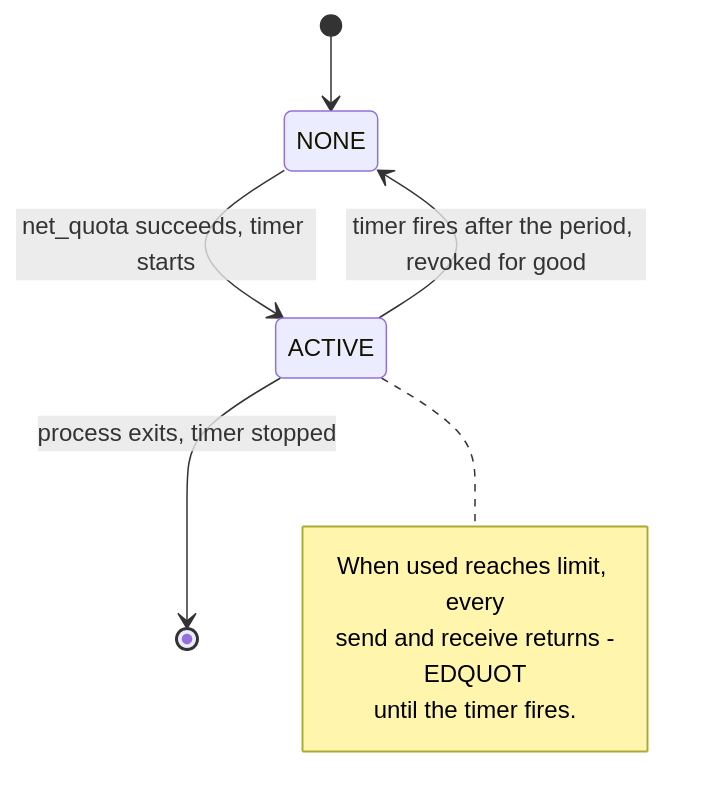
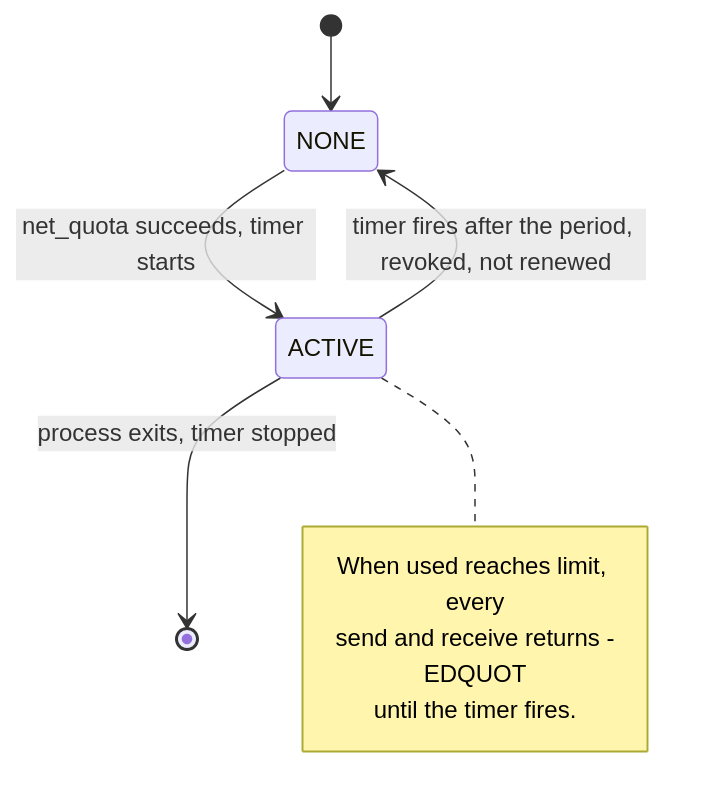
One commit to Dhruv0306/net-quota-syscall changed the fourth of 6 diagrams in docs/how-it-works.md. Above: the diagram before and after it, drawn with Mermaid. The commit also changed other lines of this file and 7 other files, not shown here.

````diff
--- a/docs/how-it-works.md
+++ b/docs/how-it-works.md
@@ -152,12 +152,12 @@
 ```mermaid
 stateDiagram-v2
   [*] --> NONE
   NONE --> ACTIVE: net_quota succeeds, timer starts
-  ACTIVE --> NONE: timer fires after the period, revoked for good
+  ACTIVE --> NONE: timer fires after the period, revoked, not renewed
   ACTIVE --> [*]: process exits, timer stopped
   note right of ACTIVE
     When used reaches limit, every
     send and receive returns -EDQUOT
     until the timer fires.
   end note
 ```
````
